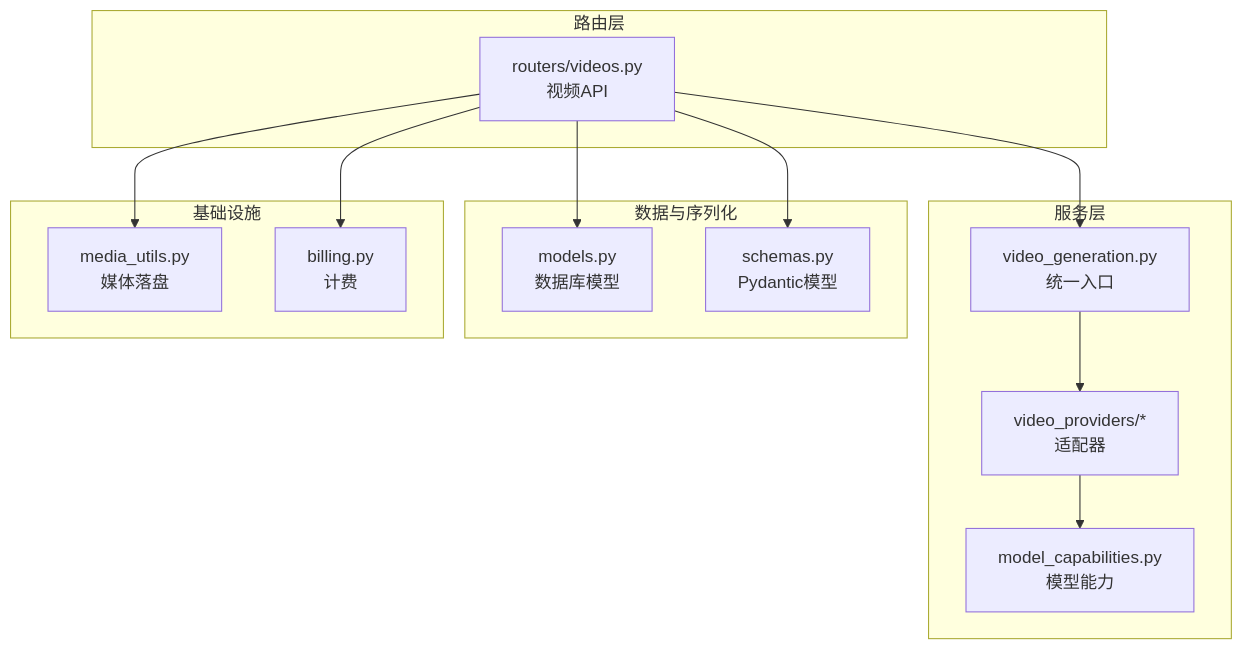
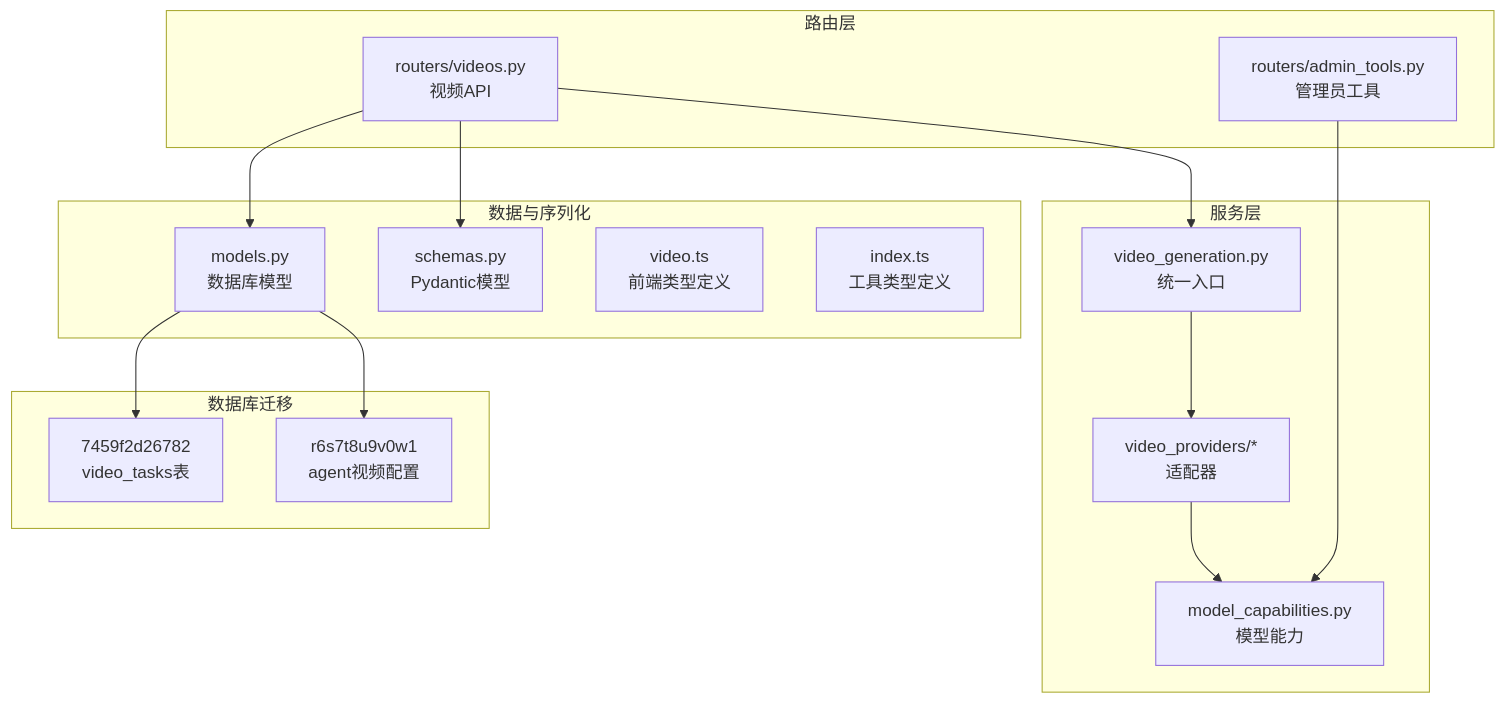
One commit to KunLabAI/KunFlix changed the first of 6 diagrams in .qoder/repowiki/zh/content/后端服务架构/业务服务层/媒体生成服务/视频生成系统.md. Above: the diagram before and after it, drawn with Mermaid. The commit also changed other lines of this file and 29 other files, not shown here.

````diff
--- a/.qoder/repowiki/zh/content/后端服务架构/业务服务层/媒体生成服务/视频生成系统.md
+++ b/.qoder/repowiki/zh/content/后端服务架构/业务服务层/媒体生成服务/视频生成系统.md
@@ -48,26 +61,30 @@
 ```mermaid
 graph TB
 subgraph "服务层"
 VG["video_generation.py<br/>统一入口"]
 VP["video_providers/*<br/>适配器"]
 MC["model_capabilities.py<br/>模型能力"]
 end
 subgraph "路由层"
 RT["routers/videos.py<br/>视频API"]
+AT["routers/admin_tools.py<br/>管理员工具"]
 end
 subgraph "数据与序列化"
 MD["models.py<br/>数据库模型"]
 SC["schemas.py<br/>Pydantic模型"]
+VT["video.ts<br/>前端类型定义"]
+IT["index.ts<br/>工具类型定义"]
 end
-subgraph "基础设施"
-MU["media_utils.py<br/>媒体落盘"]
-BL["billing.py<br/>计费"]
+subgraph "数据库迁移"
+MIG1["7459f2d26782<br/>video_tasks表"]
+MIG2["r6s7t8u9v0w1<br/>agent视频配置"]
 end
 RT --> VG
 VG --> VP
 VP --> MC
 RT --> MD
 RT --> SC
-RT --> MU
-RT --> BL
+AT --> MC
+MD --> MIG1
+MD --> MIG2
 ```
````
